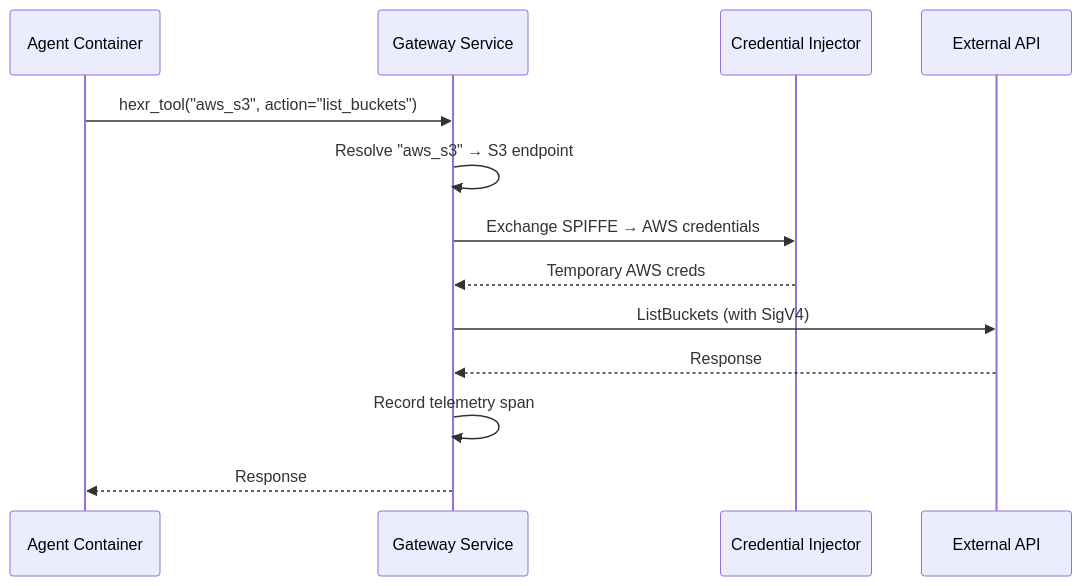
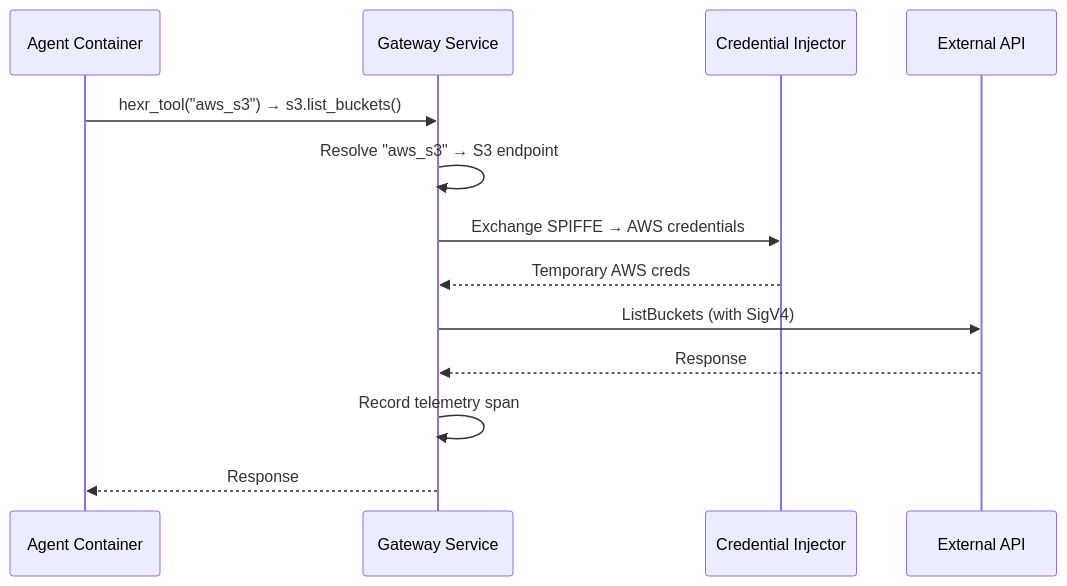
The diagram in platform/gateway-service.mdx (hexrdev/hexr-docs), drawn with Mermaid before and after one commit. The commit also changed 8 other files, not shown here.

First line of the commit message:
Fix SDK install commands, hexr_llm/hexr_tool API examples, cloud quickstart

````diff
--- a/platform/gateway-service.mdx
+++ b/platform/gateway-service.mdx
@@ -51,16 +51,16 @@
 ```mermaid
 sequenceDiagram
     participant Agent as Agent Container
     participant GW as Gateway Service
     participant CI as Credential Injector
     participant API as External API
 
-    Agent->>GW: hexr_tool("aws_s3", action="list_buckets")
+    Agent->>GW: hexr_tool("aws_s3") → s3.list_buckets()
     GW->>GW: Resolve "aws_s3" → S3 endpoint
     GW->>CI: Exchange SPIFFE → AWS credentials
     CI-->>GW: Temporary AWS creds
     GW->>API: ListBuckets (with SigV4)
     API-->>GW: Response
     GW->>GW: Record telemetry span
     GW-->>Agent: Response
 ```
````
